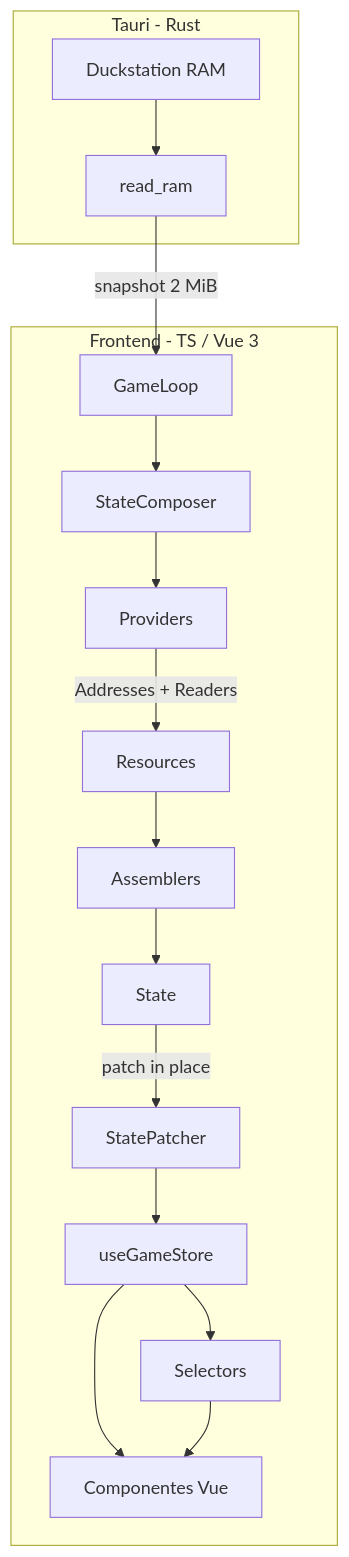
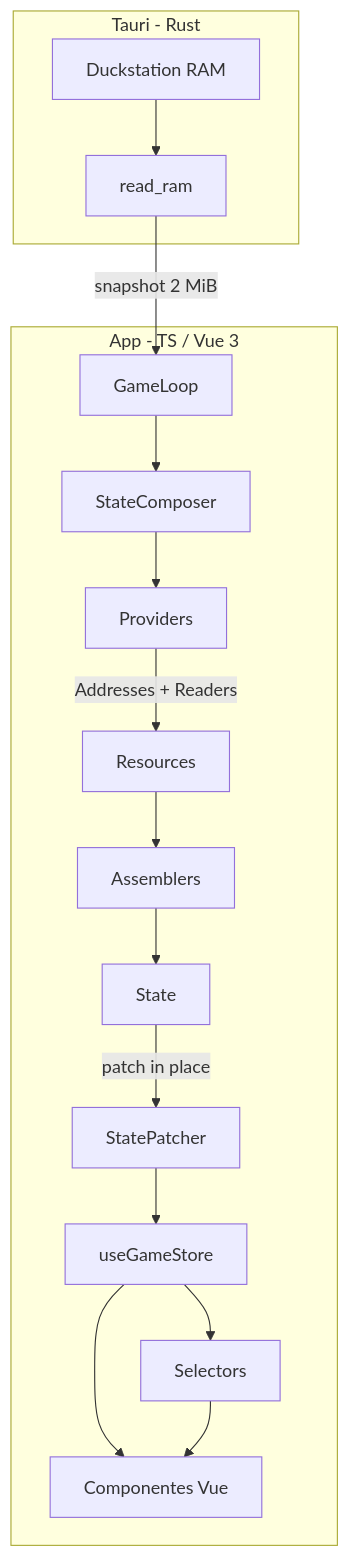
The diagram in .cursor/rules/digivice-business.mdc (RubenTeles/digivice), drawn with Mermaid before and after one commit. The commit also changed other lines of this file and 1694 other files, not shown here.

Commit message:
Renaming Frontend to App

````diff
--- a/.cursor/rules/digivice-business.mdc
+++ b/.cursor/rules/digivice-business.mdc
@@ -12,19 +12,19 @@
 ```mermaid
 graph TD
     subgraph tauriSide [Tauri - Rust]
         emulator[Duckstation RAM] --> readRam[read_ram]
     end
-    subgraph frontendSide [Frontend - TS / Vue 3]
+    subgraph appSide [App - TS / Vue 3]
         readRam -->|"snapshot 2 MiB"| gameLoop[GameLoop]
         gameLoop --> composer[StateComposer]
         composer --> providers[Providers]
         providers -->|"Addresses + Readers"| resources[Resources]
         resources --> assemblers[Assemblers]
         assemblers --> state[State]
         state -->|"patch in place"| patcher[StatePatcher]
         patcher --> pinia[useGameStore]
         pinia --> selectors[Selectors]
         pinia --> components[Componentes Vue]
         selectors --> components
     end
 ```
````
